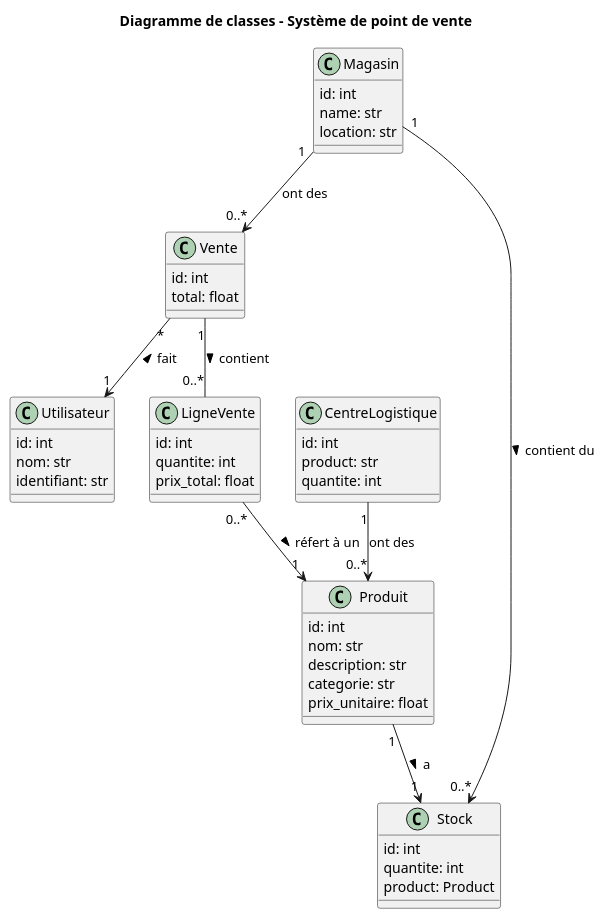
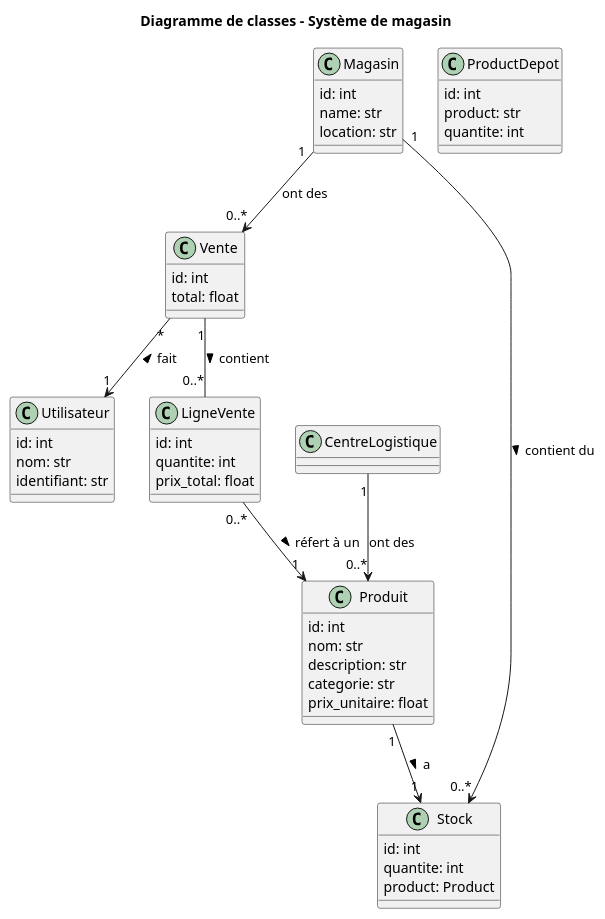
The diagram in docs/diagrams/class_diagram.puml (LojanArunasalam/LOG430-Lab2), drawn with PlantUML before and after one commit. The commit also changed 16 other files, not shown here.

```diff
--- a/docs/diagrams/class_diagram.puml
+++ b/docs/diagrams/class_diagram.puml
@@ -1,56 +1,56 @@
 @startuml
 
-title Diagramme de classes - Système de point de vente
+title Diagramme de classes - Système de magasin
 
 class Produit {
   id: int
   nom: str
   description: str
   categorie: str
   prix_unitaire: float
 }
 
 class Vente {
   id: int
   total: float
 }
 
 class LigneVente {
   id: int
   quantite: int
   prix_total: float
 }
 
 class Utilisateur {
   id: int
   nom: str
   identifiant: str
 }
 
 class Stock { 
   id: int 
   quantite: int
   product: Product
 }
 
 class Magasin { 
   id: int
   name: str
   location: str
 }
 
-class CentreLogistique { 
+class ProductDepot { 
   id: int
   product: str
   quantite: int
 }
 
 ' Relations entre classes
 Vente "1" -- "0..*" LigneVente : contient >
 LigneVente "0..*" --> "1" Produit : réfert à un >
 Vente "*" --> "1" Utilisateur : < fait
 Produit "1" --> "1" Stock : a > 
 Magasin "1" --> "0..*" Stock: contient du > 
 Magasin "1"--> "0..*" Vente : ont des
 CentreLogistique "1" --> "0..*" Produit: ont des
 @enduml
```
